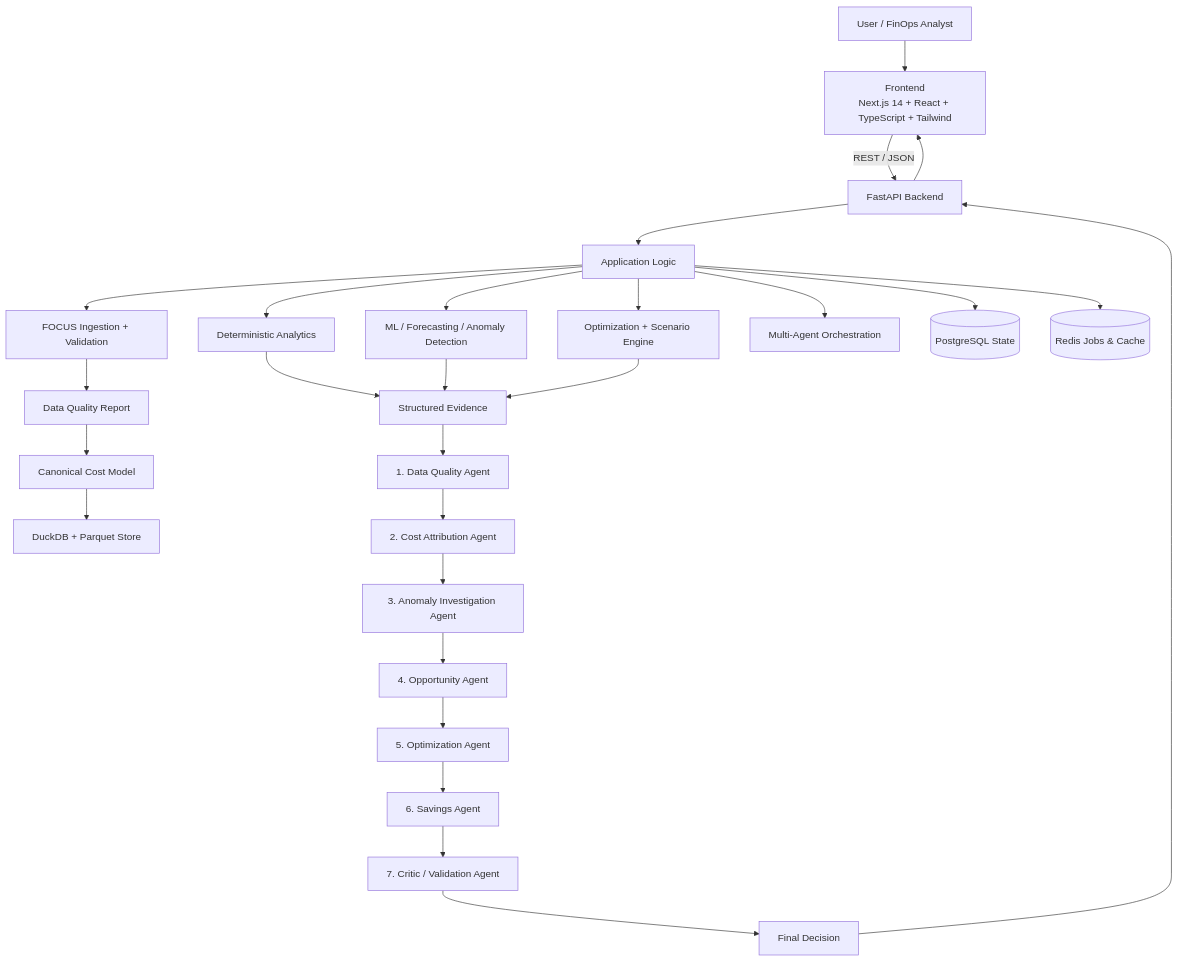
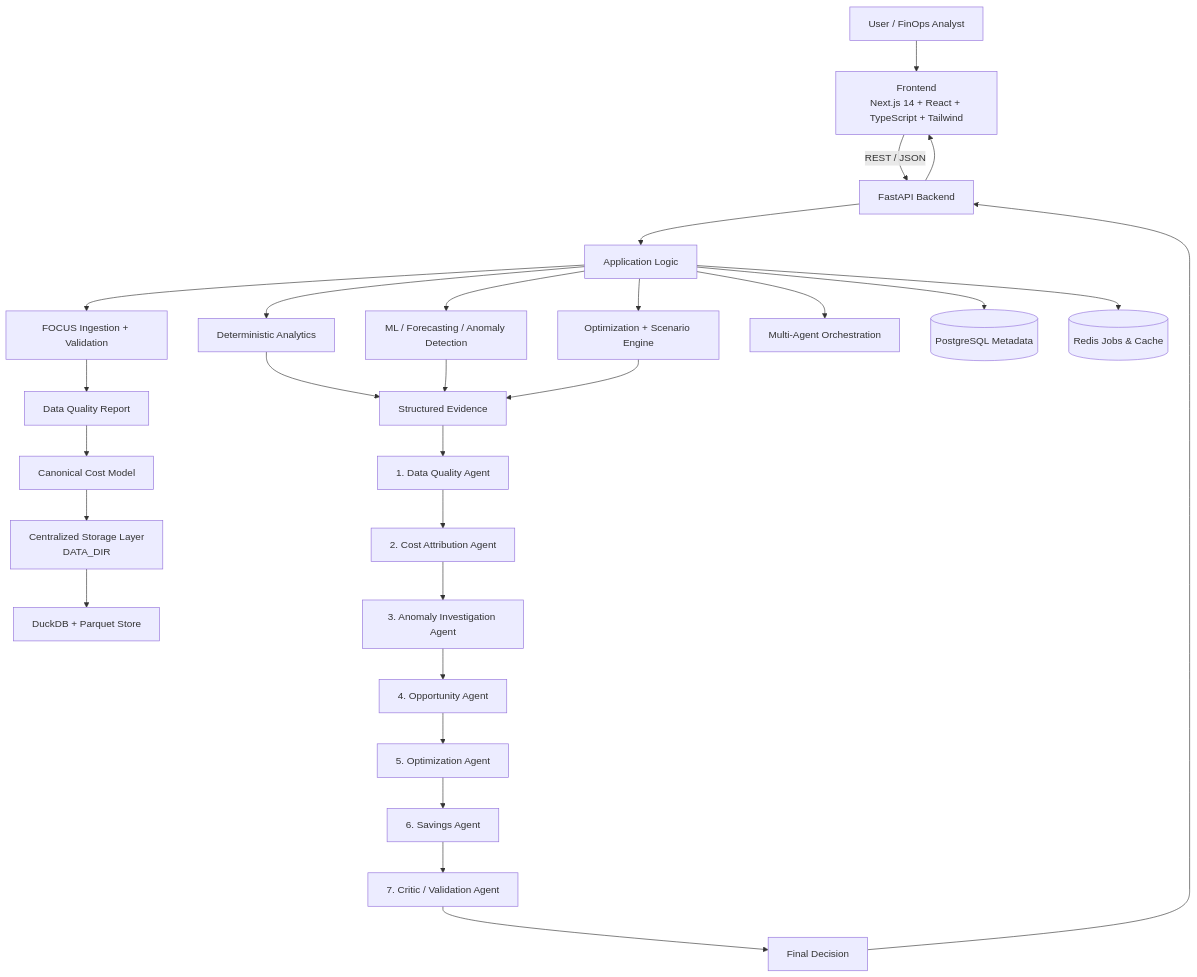
Before and after one commit to kg3478/Cloudspend_Intelligence: the diagram in README.md, drawn with Mermaid. The commit also changed other lines of this file and 15 other files, not shown here.

````diff
--- a/README.md
+++ b/README.md
@@ -35,38 +36,39 @@
 ```mermaid
 flowchart TB
     U[User / FinOps Analyst]
 
     U --> FE[Frontend<br/>Next.js 14 + React + TypeScript + Tailwind]
     FE -->|REST / JSON| API[FastAPI Backend]
 
     API --> APP[Application Logic]
 
     APP --> ING[FOCUS Ingestion + Validation]
     APP --> ANA[Deterministic Analytics]
     APP --> ML[ML / Forecasting / Anomaly Detection]
     APP --> OPT[Optimization + Scenario Engine]
     APP --> AG[Multi-Agent Orchestration]
 
     ING --> DQ[Data Quality Report]
     DQ --> CAN[Canonical Cost Model]
 
-    CAN --> DUCK[DuckDB + Parquet Store]
-    APP --> PG[(PostgreSQL State)]
+    CAN --> STORAGE[Centralized Storage Layer<br/>DATA_DIR]
+    STORAGE --> DUCK[DuckDB + Parquet Store]
+    APP --> PG[(PostgreSQL Metadata)]
     APP --> REDIS[(Redis Jobs & Cache)]
 
     ANA --> EVID[Structured Evidence]
     ML --> EVID
     OPT --> EVID
 
     EVID --> A1[1. Data Quality Agent]
     A1 --> A2[2. Cost Attribution Agent]
     A2 --> A3[3. Anomaly Investigation Agent]
     A3 --> A4[4. Opportunity Agent]
     A4 --> A5[5. Optimization Agent]
     A5 --> A6[6. Savings Agent]
     A6 --> A7[7. Critic / Validation Agent]
     A7 --> DEC[Final Decision]
 
     DEC --> API
     API --> FE
 ```
````
